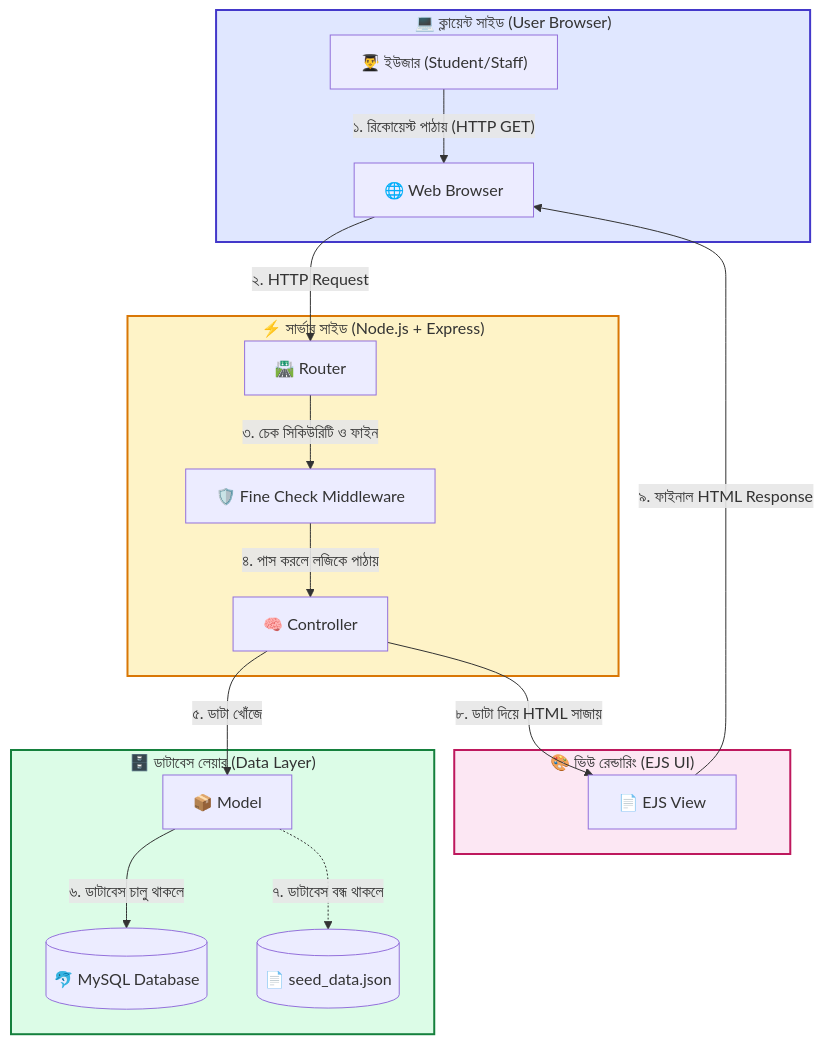
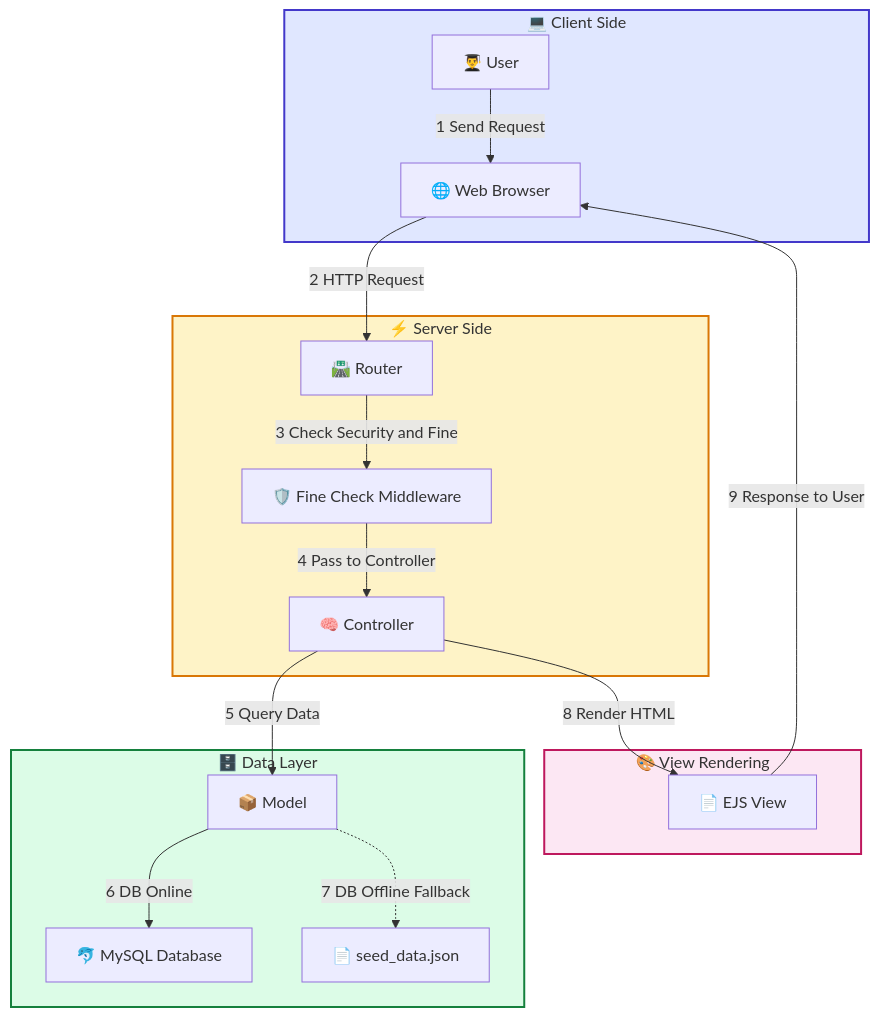
One commit to CodeWithPritom/EWUELS-Project changed the first of 5 diagrams in PROJECT_GUIDE_BN.md. Above: the diagram before and after it, drawn with Mermaid. The commit also changed other lines of this file, not shown here.

````diff
--- a/PROJECT_GUIDE_BN.md
+++ b/PROJECT_GUIDE_BN.md
@@ -25,39 +25,39 @@
 ```mermaid
 flowchart TD
-    subgraph Client ["💻 ক্লায়েন্ট সাইড (User Browser)"]
-        User["👨‍🎓 ইউজার (Student/Staff)"]
+    subgraph Client ["💻 Client Side"]
+        User["👨‍🎓 User"]
         Browser["🌐 Web Browser"]
-        User -->|"১. রিকোয়েস্ট পাঠায় (HTTP GET)"| Browser
+        User -->|1 Send Request| Browser
     end
 
-    subgraph Server ["⚡ সার্ভার সাইড (Node.js + Express)"]
+    subgraph Server ["⚡ Server Side"]
         Router["🛣️ Router"]
         Middleware["🛡️ Fine Check Middleware"]
         Controller["🧠 Controller"]
         
-        Browser -->|"২. HTTP Request"| Router
-        Router -->|"৩. চেক সিকিউরিটি ও ফাইন"| Middleware
-        Middleware -->|"৪. পাস করলে লজিকে পাঠায়"| Controller
+        Browser -->|2 HTTP Request| Router
+        Router -->|3 Check Security and Fine| Middleware
+        Middleware -->|4 Pass to Controller| Controller
     end
 
-    subgraph Database ["🗄️ ডাটাবেস লেয়ার (Data Layer)"]
+    subgraph Database ["🗄️ Data Layer"]
         Model["📦 Model"]
-        MySQL[("🐬 MySQL Database")]
-        JSON[("📄 seed_data.json")]
+        MySQL["🐬 MySQL Database"]
+        JSON["📄 seed_data.json"]
         
-        Controller -->|"৫. ডাটা খোঁজে"| Model
-        Model -->|"৬. ডাটাবেস চালু থাকলে"| MySQL
-        Model -.->|"৭. ডাটাবেস বন্ধ থাকলে"| JSON
+        Controller -->|5 Query Data| Model
+        Model -->|6 DB Online| MySQL
+        Model -.->|7 DB Offline Fallback| JSON
     end
 
-    subgraph View ["🎨 ভিউ রেন্ডারিং (EJS UI)"]
+    subgraph View ["🎨 View Rendering"]
         EJS["📄 EJS View"]
-        Controller -->|"৮. ডাটা দিয়ে HTML সাজায়"| EJS
-        EJS -->|"৯. ফাইনাল HTML Response"| Browser
+        Controller -->|8 Render HTML| EJS
+        EJS -->|9 Response to User| Browser
     end
 
     style Client fill:#e0e7ff,stroke:#4338ca,stroke-width:2px
     style Server fill:#fef3c7,stroke:#d97706,stroke-width:2px
     style Database fill:#dcfce7,stroke:#15803d,stroke-width:2px
     style View fill:#fce7f3,stroke:#be185d,stroke-width:2px
 ```
````
